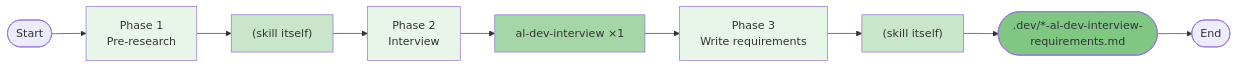
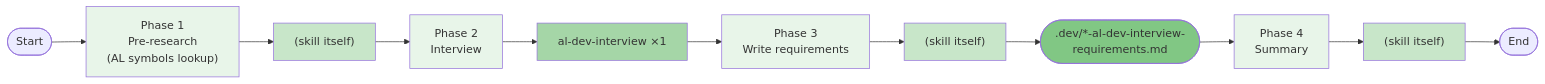
One commit to russell-laing/al-dev-shared changed diagram 11 of 24 in docs/al-dev-skills-map.md. Above: the diagram before and after it, drawn with Mermaid. The commit also changed other lines of this file and 1 other file, not shown here.

````diff
--- a/docs/al-dev-skills-map.md
+++ b/docs/al-dev-skills-map.md
@@ -346,19 +397,23 @@
 ```mermaid
 flowchart LR
-    Start([Start]) --> Phase1["Phase 1<br/>Pre-research"]
+    Start([Start]) --> Phase1["Phase 1<br/>Pre-research<br/>(AL symbols lookup)"]
     Phase1 --> SkillWork1["(skill itself)"]
     SkillWork1 --> Phase2["Phase 2<br/>Interview"]
     Phase2 --> Agent1["al-dev-interview ×1"]
     Agent1 --> Phase3["Phase 3<br/>Write requirements"]
     Phase3 --> SkillWork2["(skill itself)"]
     SkillWork2 --> Output1([".dev/*-al-dev-interview-requirements.md"])
-    Output1 --> End([End])
+    Output1 --> Phase4["Phase 4<br/>Summary"]
+    Phase4 --> SkillWork3["(skill itself)"]
+    SkillWork3 --> End([End])
 
     style Phase1 fill:#e8f5e9
     style Phase2 fill:#e8f5e9
     style Phase3 fill:#e8f5e9
+    style Phase4 fill:#e8f5e9
     style SkillWork1 fill:#c8e6c9
     style SkillWork2 fill:#c8e6c9
+    style SkillWork3 fill:#c8e6c9
     style Agent1 fill:#a5d6a7
     style Output1 fill:#81c784
 ```
````
